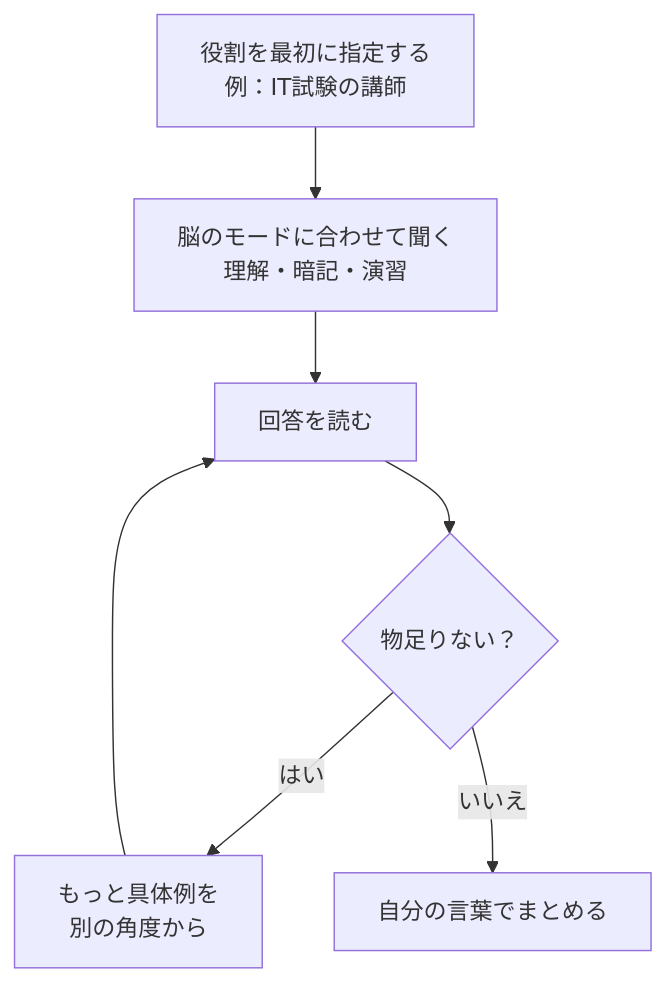
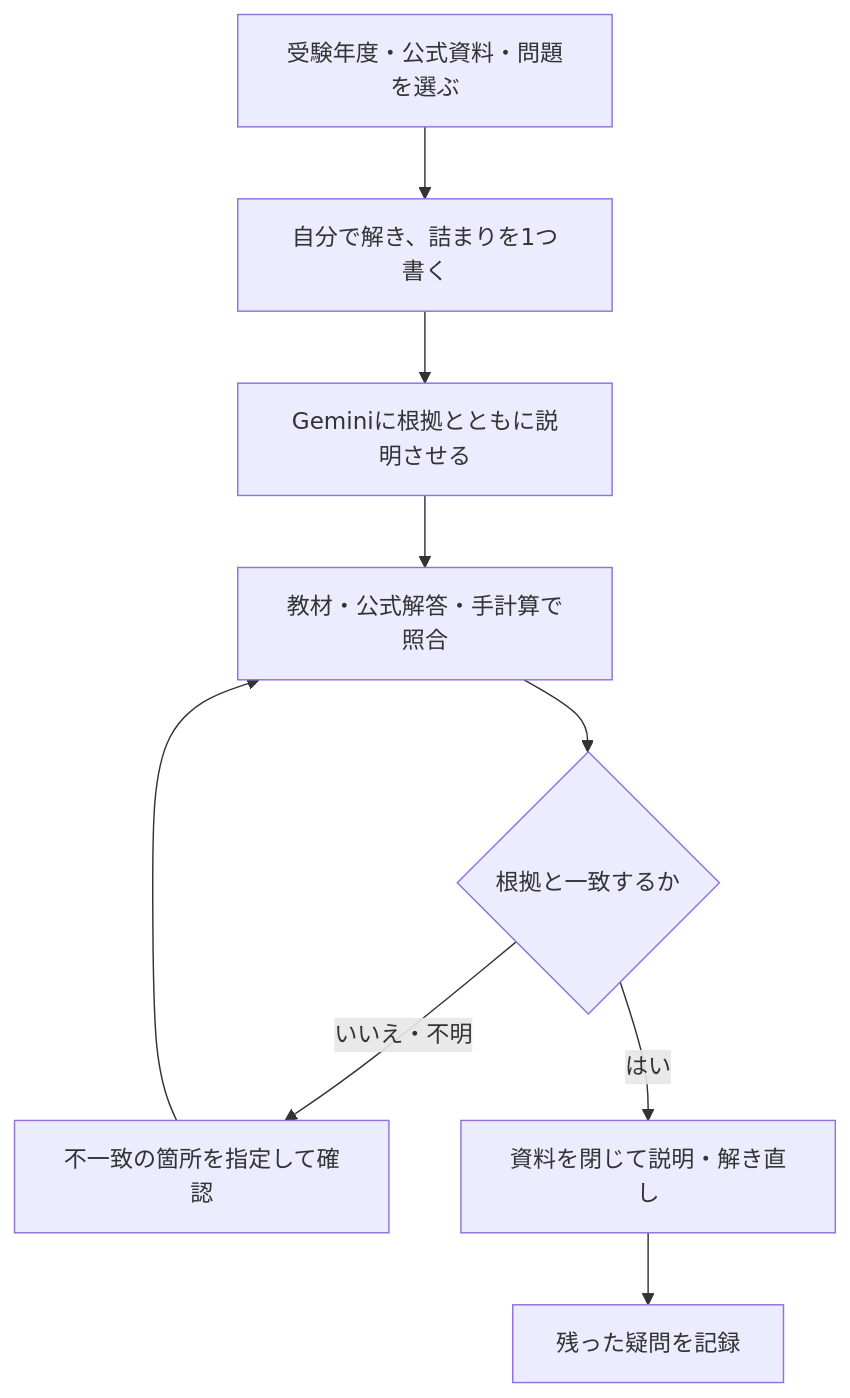
Before and after one commit to sasisi344/syllabus-hack: the diagram in src/data/post/method/gemini-cert-complete/index.md, drawn with Mermaid. The commit also changed other lines of this file and 25 other files, not shown here.

````diff
--- a/src/data/post/method/gemini-cert-complete/index.md
+++ b/src/data/post/method/gemini-cert-complete/index.md
@@ -110,9 +45,11 @@
-```mermaid caption="Geminiに質問するときの基本の流れ"
-flowchart TB
-  A["役割を最初に指定する<br/>例：IT試験の講師"] --> B["脳のモードに合わせて聞く<br/>理解・暗記・演習"]
-  B --> C["回答を読む"]
-  C --> D{"物足りない？"}
-  D -->|はい| E["もっと具体例を<br/>別の角度から"]
-  E --> C
-  D -->|いいえ| F["自分の言葉でまとめる"]
+```mermaid caption="Geminiの説明を、確認できる理解へ変える流れ"
+flowchart TD
+  A["受験年度・公式資料・問題を選ぶ"] --> B["自分で解き、詰まりを1つ書く"]
+  B --> C["Geminiに根拠とともに説明させる"]
+  C --> D["教材・公式解答・手計算で照合"]
+  D --> E{"根拠と一致するか"}
+  E -->|いいえ・不明| F["不一致の箇所を指定して確認"]
+  F --> D
+  E -->|はい| G["資料を閉じて説明・解き直し"]
+  G --> H["残った疑問を記録"]
 ```
````
